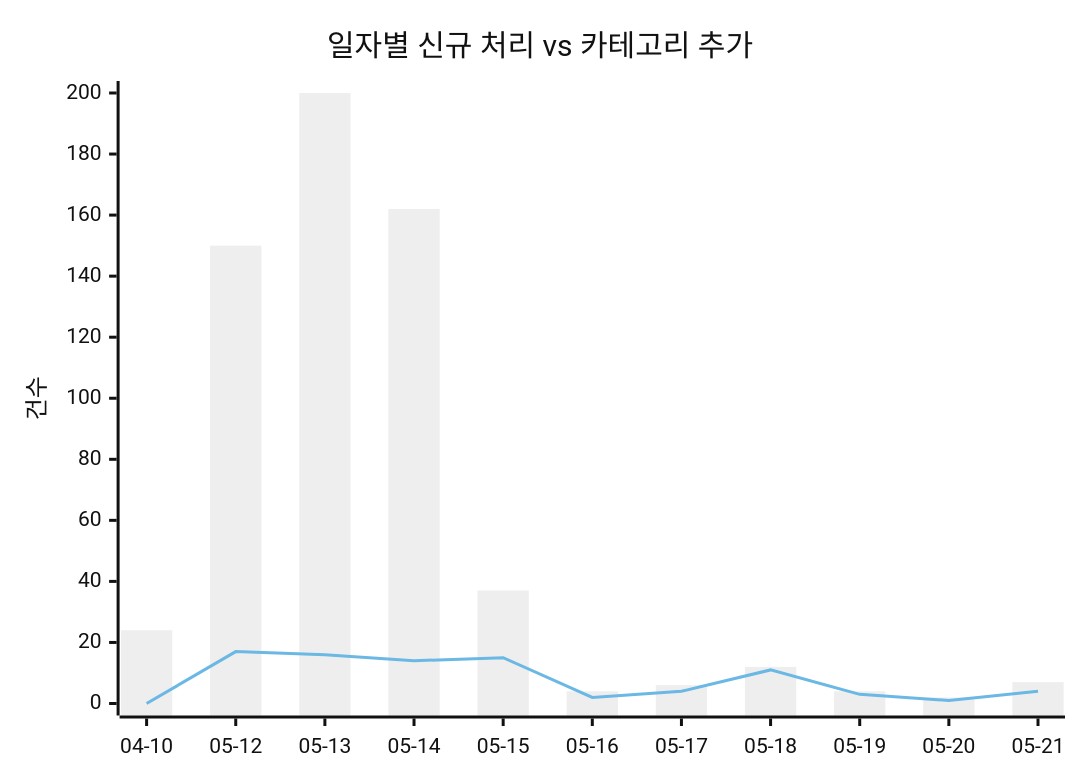
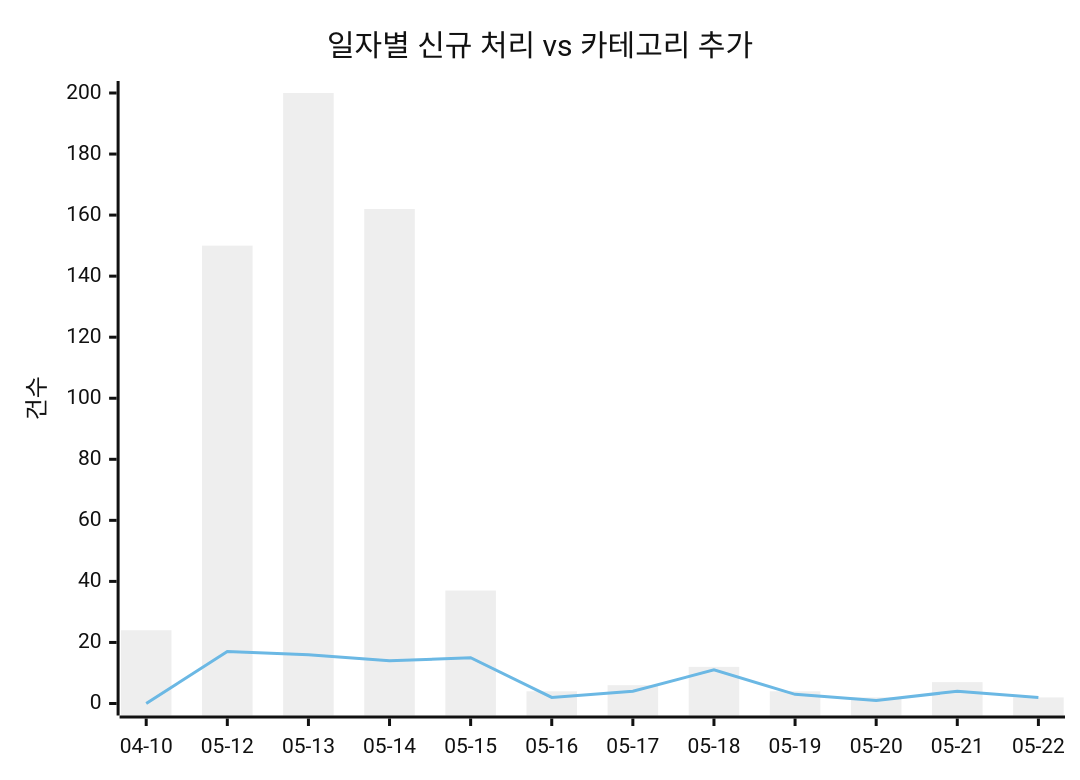
One commit to J-nowcow/awesome-korean-agent-skills changed the first of 2 diagrams in docs/trends.md. Above: the diagram before and after it, drawn with Mermaid (neutral theme). The commit also changed other lines of this file and 5 other files, not shown here.

````diff
--- a/docs/trends.md
+++ b/docs/trends.md
@@ -32,8 +32,8 @@
 ```mermaid
 xychart-beta
     title "일자별 신규 처리 vs 카테고리 추가"
-    x-axis ["04-10","05-12","05-13","05-14","05-15","05-16","05-17","05-18","05-19","05-20","05-21"]
+    x-axis ["04-10","05-12","05-13","05-14","05-15","05-16","05-17","05-18","05-19","05-20","05-21","05-22"]
     y-axis "건수"
-    bar [24,150,200,162,37,4,6,12,4,2,7]
-    line [0,17,16,14,15,2,4,11,3,1,4]
+    bar [24,150,200,162,37,4,6,12,4,2,7,2]
+    line [0,17,16,14,15,2,4,11,3,1,4,2]
 ```
````
